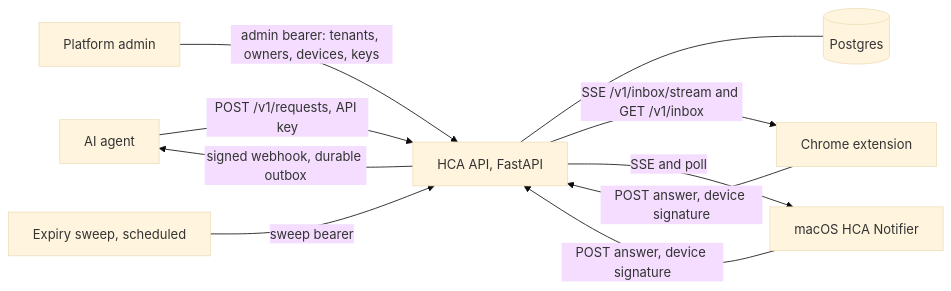
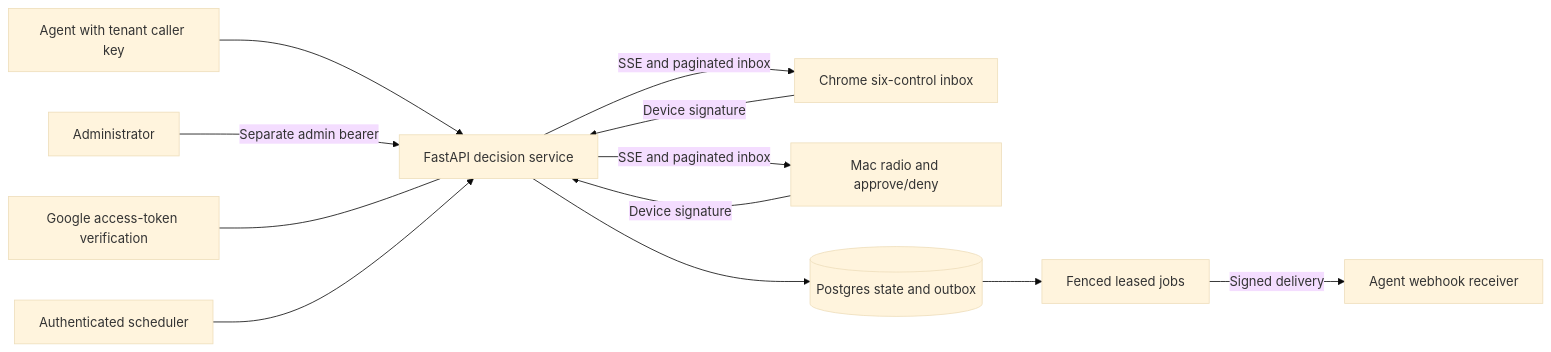
One commit to Alternative-Spaces-Inc/HCommAgent changed the first of 2 diagrams in docs/ARCHITECTURE.md. Above: the diagram before and after it, drawn with Mermaid (base theme). The commit also changed other lines of this file and 158 other files, not shown here.

````diff
--- a/docs/ARCHITECTURE.md
+++ b/docs/ARCHITECTURE.md
@@ -12,12 +7,14 @@
 ```mermaid
 flowchart LR
-    Agent[AI agent] -- POST /v1/requests, API key --> API[HCA API, FastAPI]
-    API -- signed webhook, durable outbox --> Agent
-    API --- PG[(Postgres)]
-    API -- SSE /v1/inbox/stream and GET /v1/inbox --> Ext[Chrome extension]
-    API -- SSE and poll --> Mac[macOS HCA Notifier]
-    Ext -- POST answer, device signature --> API
-    Mac -- POST answer, device signature --> API
-    Admin[Platform admin] -- admin bearer: tenants, owners, devices, keys --> API
-    Sweep[Expiry sweep, scheduled] -- sweep bearer --> API
+    Agent[Agent with tenant caller key] --> API[FastAPI decision service]
+    Chrome[Chrome six-control inbox] -->|Device signature| API
+    Mac[Mac radio and approve/deny] -->|Device signature| API
+    Admin[Administrator] -->|Separate admin bearer| API
+    Google[Google access-token verification] --- API
+    API --> DB[(Postgres state and outbox)]
+    DB --> Worker[Fenced leased jobs]
+    Worker -->|Signed delivery| Receiver[Agent webhook receiver]
+    API -->|SSE and paginated inbox| Chrome
+    API -->|SSE and paginated inbox| Mac
+    Sweep[Authenticated scheduler] --> API
 ```
````
